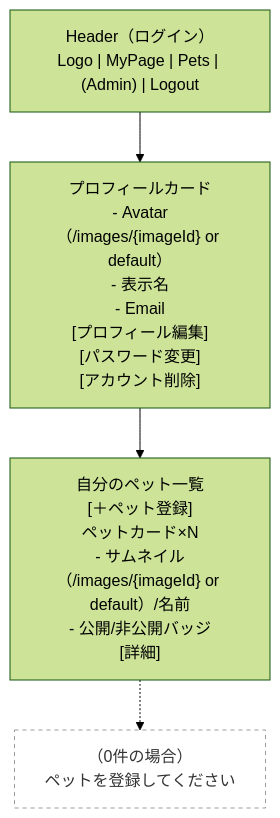
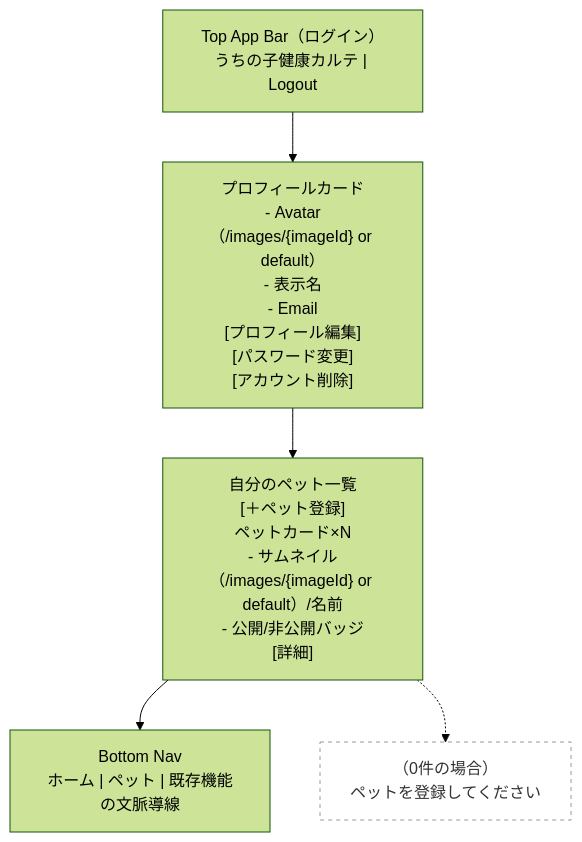
Before and after one commit to Cat5Dog2/PetHealthManagement: the fourth of 23 diagrams in docs/ui-wireframe.md, drawn with Mermaid (forest theme). The commit also changed other lines of this file and 9 other files, not shown here.

````diff
--- a/docs/ui-wireframe.md
+++ b/docs/ui-wireframe.md
@@ -64,12 +69,14 @@
 ```mermaid
 flowchart TB
-  Header["Header（ログイン）<br/>Logo | MyPage | Pets | (Admin) | Logout"]
+  Header["Top App Bar（ログイン）<br/>うちの子健康カルテ | Logout"]
+  BottomNav["Bottom Nav<br/>ホーム | ペット | 既存機能の文脈導線"]
   Profile["プロフィールカード<br/>- Avatar（/images/{imageId} or default）<br/>- 表示名<br/>- Email<br/>[プロフィール編集]<br/>[パスワード変更]<br/>[アカウント削除]"]
   Pets["自分のペット一覧<br/>[＋ペット登録]<br/>ペットカード×N<br/>- サムネイル（/images/{imageId} or default）/名前<br/>- 公開/非公開バッジ<br/>[詳細]"]
   Empty["（0件の場合）<br/>ペットを登録してください"]:::note
 
   Header --> Profile --> Pets
+  Pets --> BottomNav
   Pets -.-> Empty
 
   classDef note fill:#fff,stroke:#999,stroke-dasharray: 4 4,color:#333;
 ```
````
